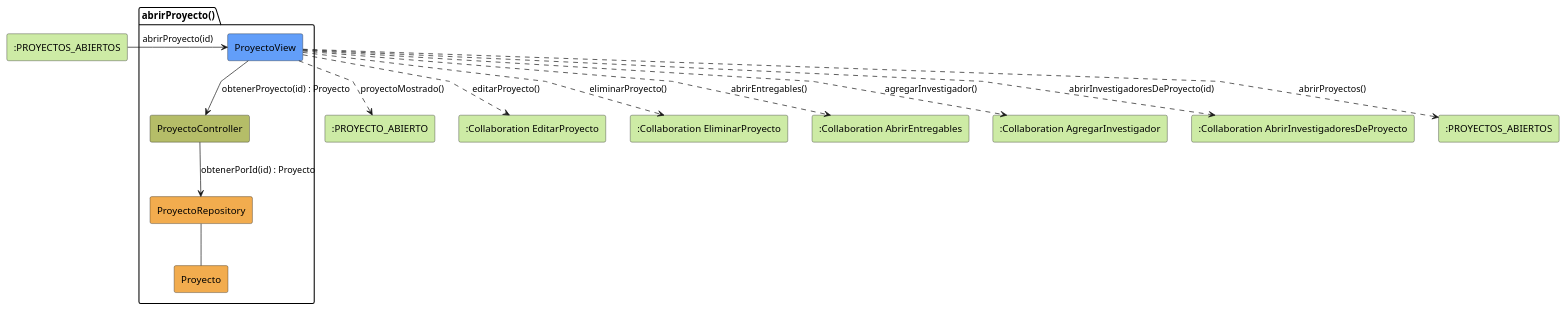
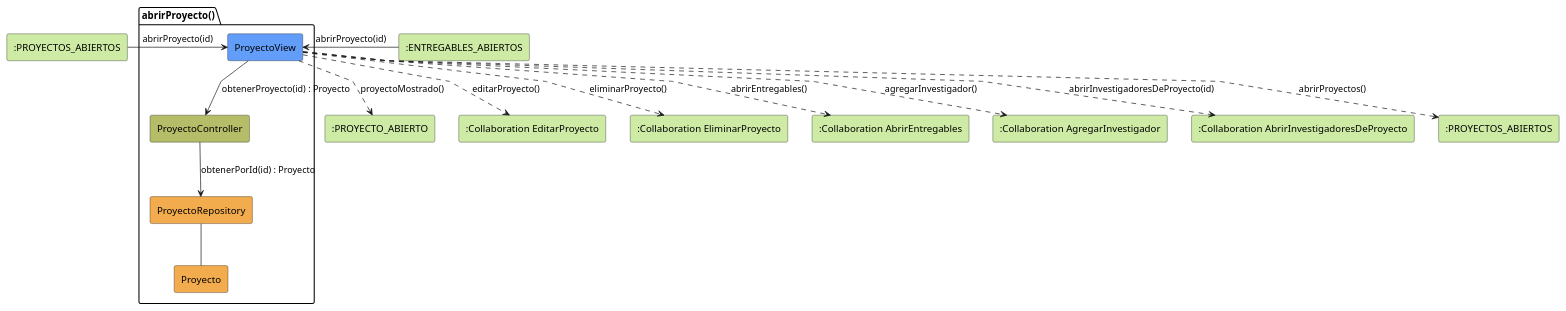
The diagram in modelosUML/analisis/coordinador/abrirProyecto.puml (31Diego/25-26-idsw2-sdVC), drawn with PlantUML before and after one commit. The commit also changed 12 other files, not shown here.

Commit message:
fix: entradas secundarias faltantes en diagramas de coordinador

```diff
--- a/modelosUML/analisis/coordinador/abrirProyecto.puml
+++ b/modelosUML/analisis/coordinador/abrirProyecto.puml
@@ -1,37 +1,39 @@
 @startuml abrirProyecto-analisis
 skinparam linetype polyline
 
 rectangle #CDEBA5 ":PROYECTOS_ABIERTOS" as ProyectosAbiertos
+rectangle #CDEBA5 ":ENTREGABLES_ABIERTOS" as EntregablesAbiertoEntrada
 
 package abrirProyecto as "abrirProyecto()" {
     rectangle #629EF9 ProyectoView
     rectangle #b5bd68 ProyectoController
     rectangle #F2AC4E ProyectoRepository
     rectangle #F2AC4E Proyecto
 }
 
 rectangle #CDEBA5 ":PROYECTO_ABIERTO" as ProyectoAbierto
 rectangle #CDEBA5 ":Collaboration EditarProyecto" as ColEditar
 rectangle #CDEBA5 ":Collaboration EliminarProyecto" as ColEliminar
 rectangle #CDEBA5 ":Collaboration AbrirEntregables" as ColEntregables
 rectangle #CDEBA5 ":Collaboration AgregarInvestigador" as ColAgregar
 rectangle #CDEBA5 ":Collaboration AbrirInvestigadoresDeProyecto" as ColInvestigadores
 rectangle #CDEBA5 ":PROYECTOS_ABIERTOS" as ProyectosSalida
 
 ProyectosAbiertos -r-> ProyectoView: abrirProyecto(id)
+EntregablesAbiertoEntrada -r-> ProyectoView: abrirProyecto(id)
 
 ProyectoView -d-> ProyectoController: obtenerProyecto(id) : Proyecto
 
 ProyectoController --> ProyectoRepository: obtenerPorId(id) : Proyecto
 
 ProyectoRepository -- Proyecto
 
 ProyectoView ..> ProyectoAbierto: proyectoMostrado()
 ProyectoView ..> ColEditar: editarProyecto()
 ProyectoView ..> ColEliminar: eliminarProyecto()
 ProyectoView ..> ColEntregables: abrirEntregables()
 ProyectoView ..> ColAgregar: agregarInvestigador()
 ProyectoView ..> ColInvestigadores: abrirInvestigadoresDeProyecto(id)
 ProyectoView ..> ProyectosSalida: abrirProyectos()
 
 @enduml
```
